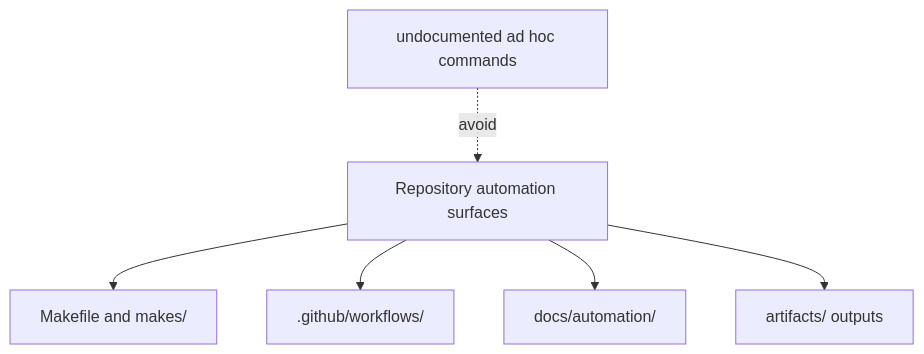
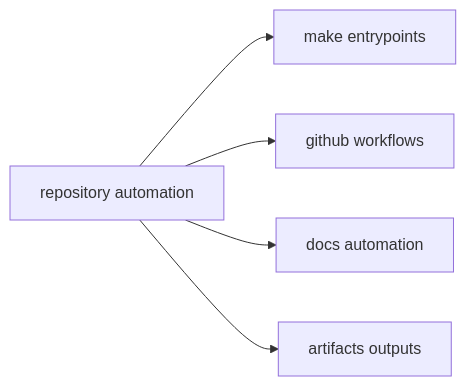
The diagram in docs/bijux-core/operations/automation-surfaces.md (bijux/bijux-cli), drawn with Mermaid before and after one commit. The commit also changed other lines of this file, not shown here.

Commit message:
docs(core-operations): clarify automation surfaces

````diff
--- a/docs/bijux-core/operations/automation-surfaces.md
+++ b/docs/bijux-core/operations/automation-surfaces.md
@@ -16,10 +20,7 @@
 ```mermaid
-flowchart TD
-    automation[Repository automation surfaces]
-    automation --> makefile[Makefile and makes/]
-    automation --> workflows[.github/workflows/]
-    automation --> docs_auto[docs/automation/]
-    automation --> artifacts[artifacts/ outputs]
-
-    hidden[undocumented ad hoc commands] -. avoid .-> automation
+flowchart LR
+    automation["repository automation"] --> makefile["make entrypoints"]
+    automation --> workflows["github workflows"]
+    automation --> docs_auto["docs automation"]
+    automation --> artifacts["artifacts outputs"]
 ```
````
